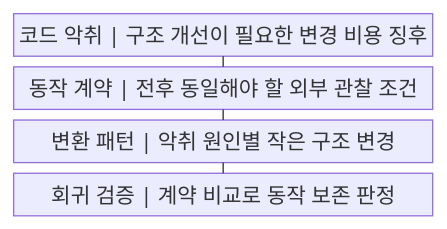
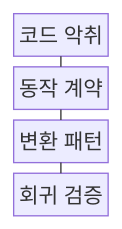
Before and after one commit to agnusdei1207/knowledge-base: the first of 2 diagrams in src/content/docs/notes/03-software/212_software_refactoring_patterns.md, drawn with Mermaid. The commit also changed other lines of this file and 238 other files, not shown here.

````diff
--- a/src/content/docs/notes/03-software/212_software_refactoring_patterns.md
+++ b/src/content/docs/notes/03-software/212_software_refactoring_patterns.md
@@ -52,11 +52,11 @@
 ```mermaid
-block
+block-beta
     columns 1
-    A["코드 악취 | 구조 개선이 필요한 변경 비용 징후"]
-    B["동작 계약 | 전후 동일해야 할 외부 관찰 조건"]
-    C["변환 패턴 | 악취 원인별 작은 구조 변경"]
-    D["회귀 검증 | 계약 비교로 동작 보존 판정"]
+    A["코드 악취"]
+    B["동작 계약"]
+    C["변환 패턴"]
+    D["회귀 검증"]
     A --- B
     B --- C
     C --- D
 ```
````
